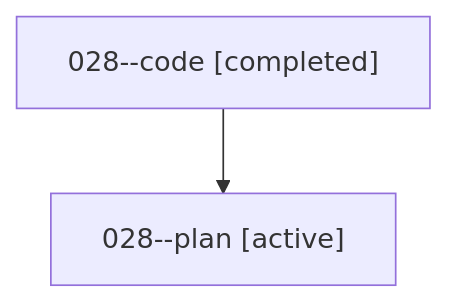
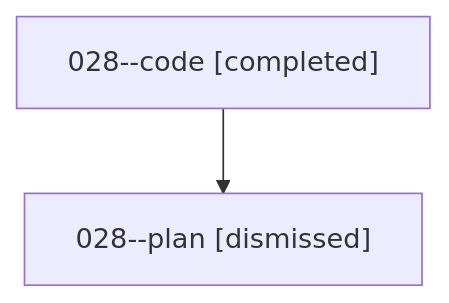
One commit to bobs-org/bob-cli--agents changed the diagram in sessions/bbugyi200.athena.028.md. Above: the diagram before and after it, drawn with Mermaid. The commit also changed other lines of this file and 46 other files, not shown here.

````diff
--- a/sessions/bbugyi200.athena.028.md
+++ b/sessions/bbugyi200.athena.028.md
@@ -9,6 +9,6 @@
 ```mermaid
 flowchart TD
   n0["028--code [completed]"]
-  n1["028--plan [active]"]
+  n1["028--plan [dismissed]"]
   n0 --> n1
 ```
````
